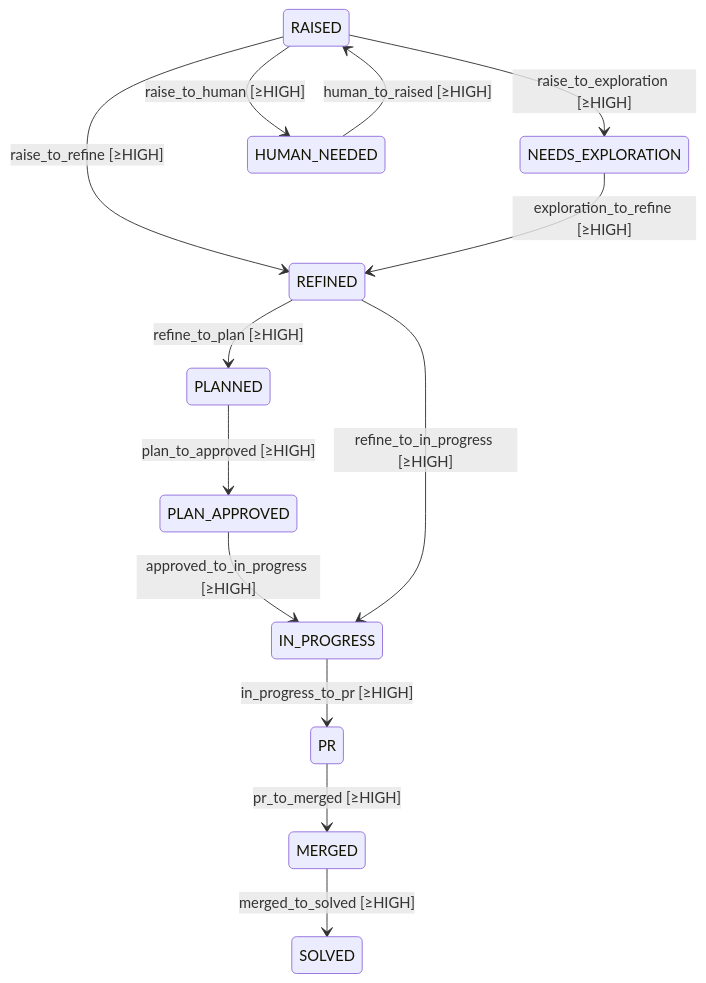
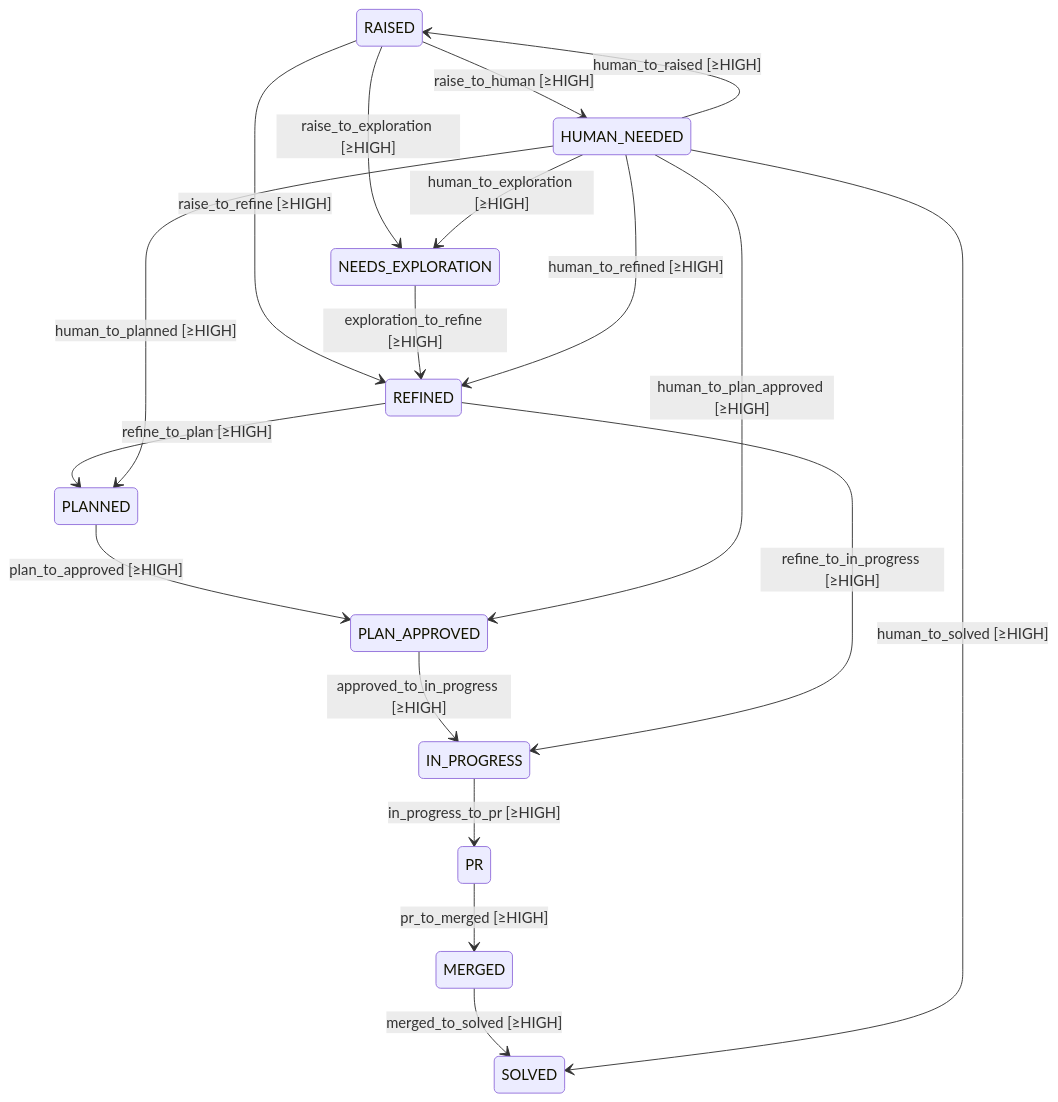
One commit to damien-robotsix/robotsix-cai changed the first of 2 diagrams in docs/fsm.md. Above: the diagram before and after it, drawn with Mermaid. The commit also changed other lines of this file and 5 other files, not shown here.

First line of the commit message:
feat(fsm): widen human-needed re-entries + cai-unblock agent

````diff
--- a/docs/fsm.md
+++ b/docs/fsm.md
@@ -14,15 +14,20 @@
 ```mermaid
 stateDiagram-v2
     RAISED --> REFINED : raise_to_refine [≥HIGH]
     RAISED --> NEEDS_EXPLORATION : raise_to_exploration [≥HIGH]
     RAISED --> HUMAN_NEEDED : raise_to_human [≥HIGH]
     REFINED --> PLANNED : refine_to_plan [≥HIGH]
     PLANNED --> PLAN_APPROVED : plan_to_approved [≥HIGH]
     PLAN_APPROVED --> IN_PROGRESS : approved_to_in_progress [≥HIGH]
     REFINED --> IN_PROGRESS : refine_to_in_progress [≥HIGH]
     IN_PROGRESS --> PR : in_progress_to_pr [≥HIGH]
     PR --> MERGED : pr_to_merged [≥HIGH]
     MERGED --> SOLVED : merged_to_solved [≥HIGH]
     NEEDS_EXPLORATION --> REFINED : exploration_to_refine [≥HIGH]
     HUMAN_NEEDED --> RAISED : human_to_raised [≥HIGH]
+    HUMAN_NEEDED --> REFINED : human_to_refined [≥HIGH]
+    HUMAN_NEEDED --> PLANNED : human_to_planned [≥HIGH]
+    HUMAN_NEEDED --> PLAN_APPROVED : human_to_plan_approved [≥HIGH]
+    HUMAN_NEEDED --> NEEDS_EXPLORATION : human_to_exploration [≥HIGH]
+    HUMAN_NEEDED --> SOLVED : human_to_solved [≥HIGH]
 ```
````
